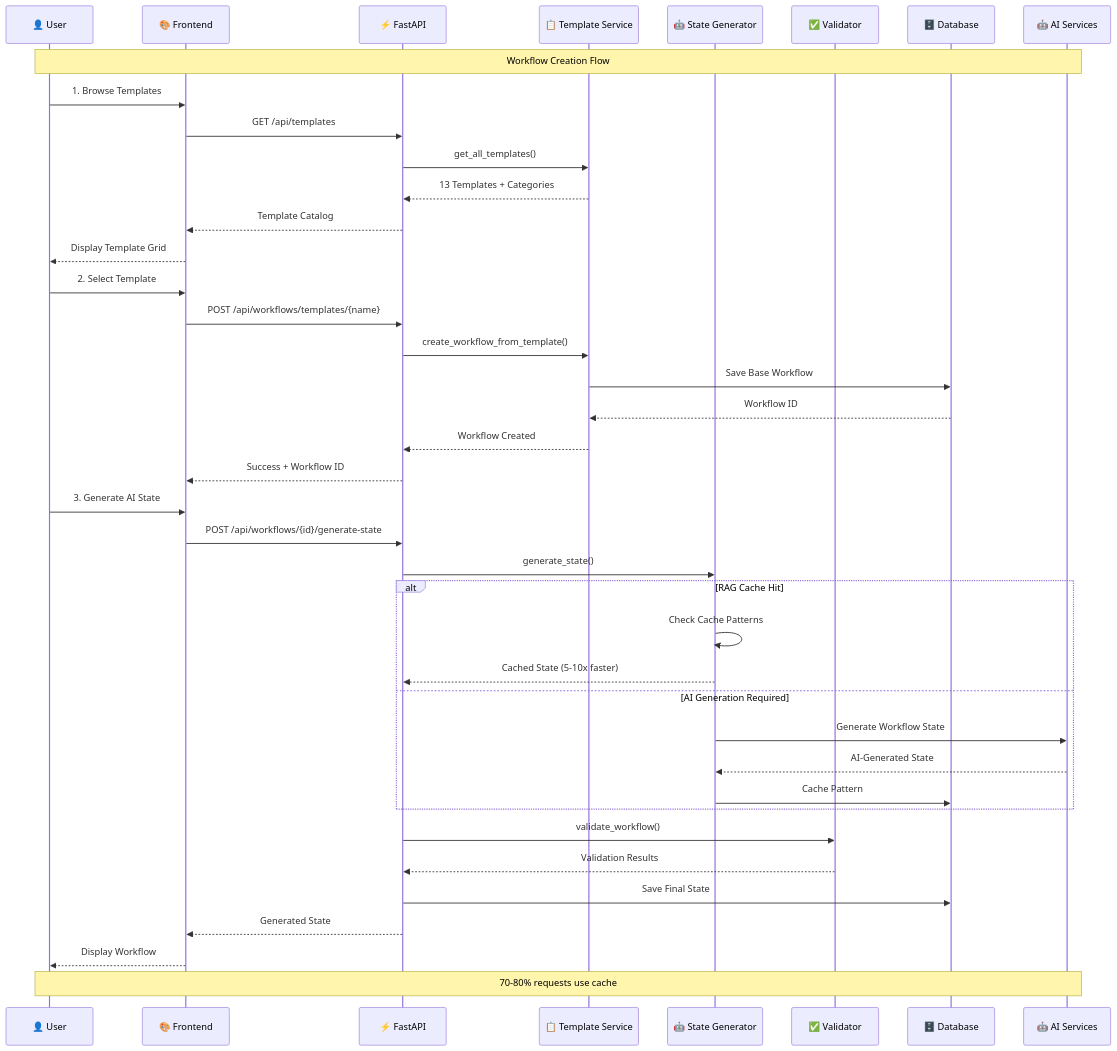
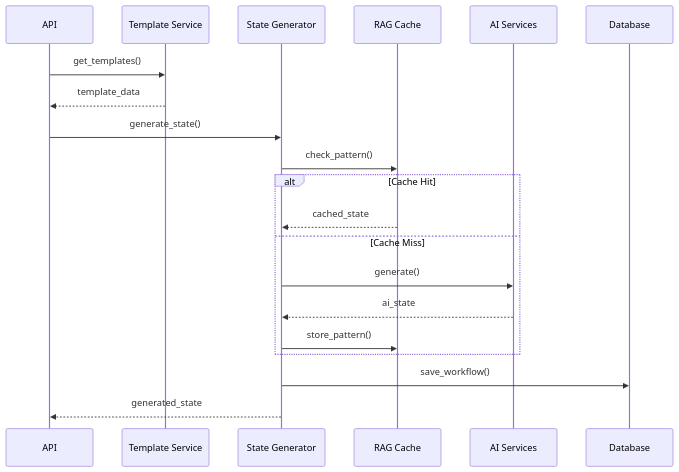
The second of 5 diagrams in docs/TECHNICAL_ARCHITECTURE.md (Rizkin/Solidus), drawn with Mermaid before and after one commit. The commit also changed other lines of this file and 1 other file, not shown here.

First line of the commit message:
Fix technical architecture and add missing database tables

````diff
--- a/docs/TECHNICAL_ARCHITECTURE.md
+++ b/docs/TECHNICAL_ARCHITECTURE.md
@@ -245,49 +94,26 @@
 ```mermaid
 sequenceDiagram
-    participant U as 👤 User
-    participant F as 🎨 Frontend
-    participant A as ⚡ FastAPI
-    participant T as 📋 Template Service
-    participant S as 🤖 State Generator
-    participant V as ✅ Validator
-    participant D as 🗄️ Database
-    participant AI as 🤖 AI Services
+    participant API
+    participant TEMPLATE as Template Service
+    participant STATE as State Generator
+    participant CACHE as RAG Cache
+    participant AI as AI Services
+    participant DB as Database
     
-    Note over U,AI: Workflow Creation Flow
+    API->>TEMPLATE: get_templates()
+    TEMPLATE-->>API: template_data
     
-    U->>F: 1. Browse Templates
-    F->>A: GET /api/templates
-    A->>T: get_all_templates()
-    T-->>A: 13 Templates + Categories
-    A-->>F: Template Catalog
-    F-->>U: Display Template Grid
+    API->>STATE: generate_state()
+    STATE->>CACHE: check_pattern()
     
-    U->>F: 2. Select Template
-    F->>A: POST /api/workflows/templates/{name}
-    A->>T: create_workflow_from_template()
-    T->>D: Save Base Workflow
-    D-->>T: Workflow ID
-    T-->>A: Workflow Created
-    A-->>F: Success + Workflow ID
-    
-    U->>F: 3. Generate AI State
-    F->>A: POST /api/workflows/{id}/generate-state
-    A->>S: generate_state()
-    
-    alt RAG Cache Hit
-        S->>S: Check Cache Patterns
-        S-->>A: Cached State (5-10x faster)
-    else AI Generation Required
-        S->>AI: Generate Workflow State
-        AI-->>S: AI-Generated State
-        S->>D: Cache Pattern
+    alt Cache Hit
+        CACHE-->>STATE: cached_state
+    else Cache Miss
+        STATE->>AI: generate()
+        AI-->>STATE: ai_state
+        STATE->>CACHE: store_pattern()
     end
     
-    A->>V: validate_workflow()
-    V-->>A: Validation Results
-    A->>D: Save Final State
-    A-->>F: Generated State
-    F-->>U: Display Workflow
-    
-    Note over U,AI: 70-80% requests use cache
+    STATE->>DB: save_workflow()
+    STATE-->>API: generated_state
 ```
````
